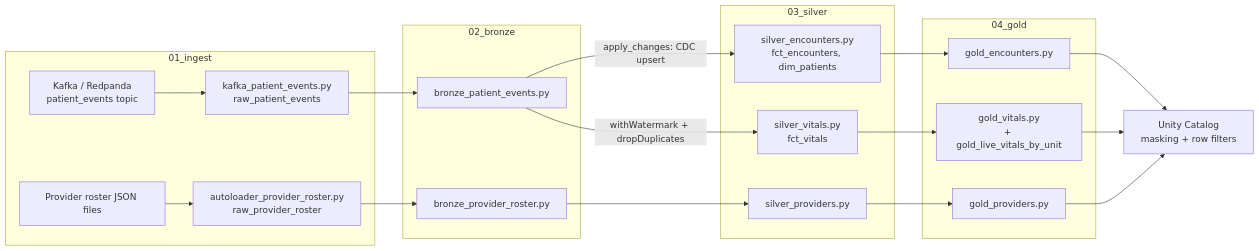
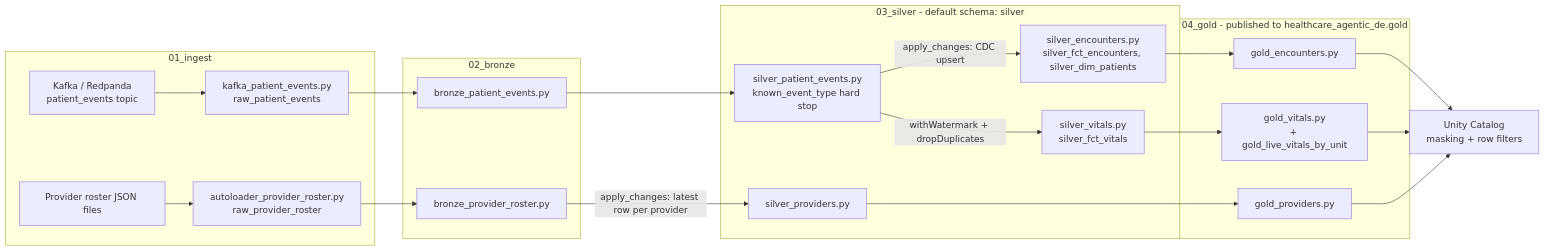
Before and after one commit to sumanthreddy369/databricks-agentic-de: the second of 7 diagrams in README.md, drawn with Mermaid. The commit also changed other lines of this file and 18 other files, not shown here.

First line of the commit message:
Fix DLT pipeline deploy blockers and add a static dataset-graph test

````diff
--- a/README.md
+++ b/README.md
@@ -128,24 +128,25 @@
 ```mermaid
 flowchart LR
     subgraph Ingest["01_ingest"]
         A["Kafka / Redpanda\npatient_events topic"] --> B["kafka_patient_events.py\nraw_patient_events"]
         C["Provider roster JSON files"] --> D["autoloader_provider_roster.py\nraw_provider_roster"]
     end
     subgraph Bronze["02_bronze"]
         B --> E["bronze_patient_events.py"]
         D --> F["bronze_provider_roster.py"]
     end
-    subgraph Silver["03_silver"]
-        E -->|"apply_changes: CDC upsert"| G["silver_encounters.py\nfct_encounters, dim_patients"]
-        E -->|"withWatermark + dropDuplicates"| H["silver_vitals.py\nfct_vitals"]
-        F --> I["silver_providers.py"]
+    subgraph Silver["03_silver - default schema: silver"]
+        E --> S["silver_patient_events.py\nknown_event_type hard stop"]
+        S -->|"apply_changes: CDC upsert"| G["silver_encounters.py\nsilver_fct_encounters, silver_dim_patients"]
+        S -->|"withWatermark + dropDuplicates"| H["silver_vitals.py\nsilver_fct_vitals"]
+        F -->|"apply_changes: latest row per provider"| I["silver_providers.py"]
     end
-    subgraph Gold["04_gold"]
+    subgraph Gold["04_gold - published to healthcare_agentic_de.gold"]
         G --> J["gold_encounters.py"]
         H --> K["gold_vitals.py\n+ gold_live_vitals_by_unit"]
         I --> L["gold_providers.py"]
     end
     J --> M["Unity Catalog\nmasking + row filters"]
     K --> M
     L --> M
 ```
````
